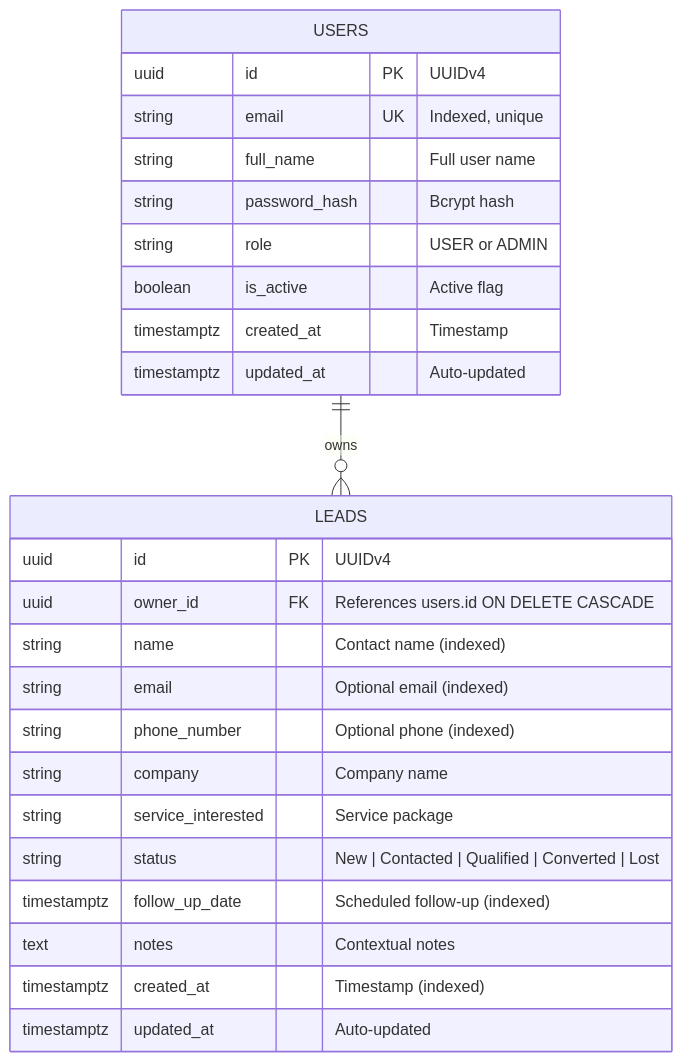
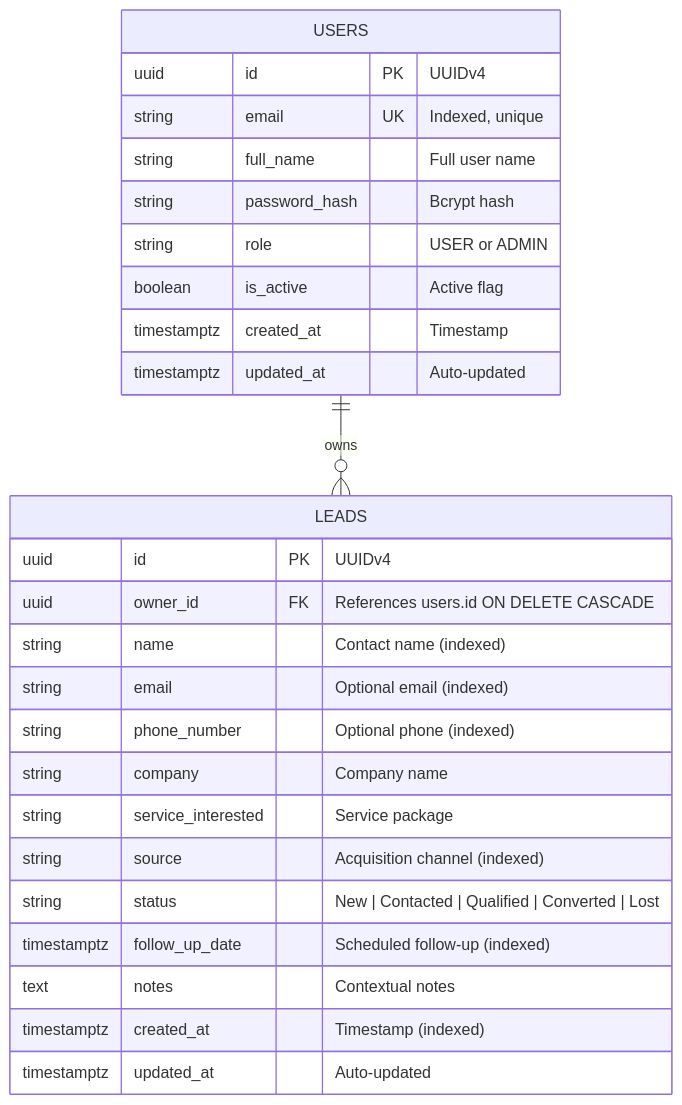
Before and after one commit to Prasannakumar1118/Lead-Management-System: the diagram in README.md, drawn with Mermaid. The commit also changed other lines of this file and 10 other files, not shown here.

````diff
--- a/README.md
+++ b/README.md
@@ -89,28 +97,29 @@
 ```mermaid
 erDiagram
     USERS ||--o{ LEADS : owns
     USERS {
         uuid id PK "UUIDv4"
         string email UK "Indexed, unique"
         string full_name "Full user name"
         string password_hash "Bcrypt hash"
         string role "USER or ADMIN"
         boolean is_active "Active flag"
         timestamptz created_at "Timestamp"
         timestamptz updated_at "Auto-updated"
     }
     LEADS {
         uuid id PK "UUIDv4"
         uuid owner_id FK "References users.id ON DELETE CASCADE"
         string name "Contact name (indexed)"
         string email "Optional email (indexed)"
         string phone_number "Optional phone (indexed)"
         string company "Company name"
         string service_interested "Service package"
+        string source "Acquisition channel (indexed)"
         string status "New | Contacted | Qualified | Converted | Lost"
         timestamptz follow_up_date "Scheduled follow-up (indexed)"
         text notes "Contextual notes"
         timestamptz created_at "Timestamp (indexed)"
         timestamptz updated_at "Auto-updated"
     }
 ```
````
